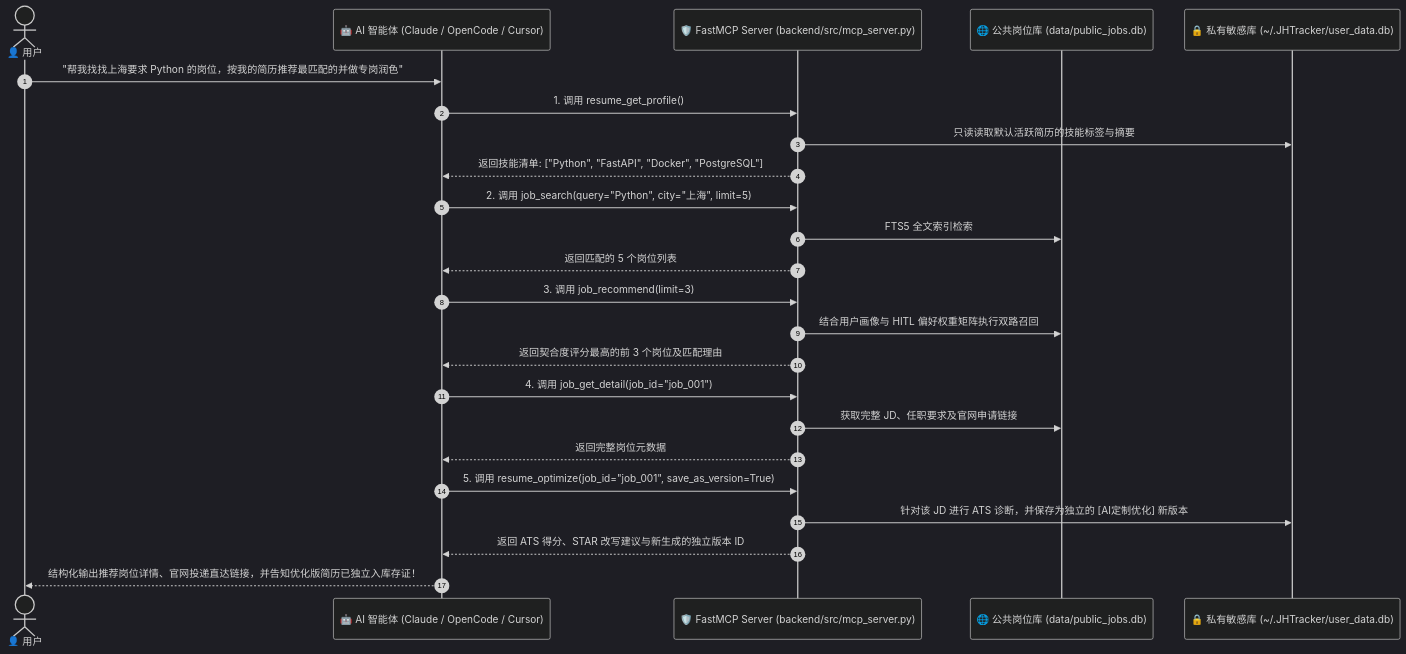
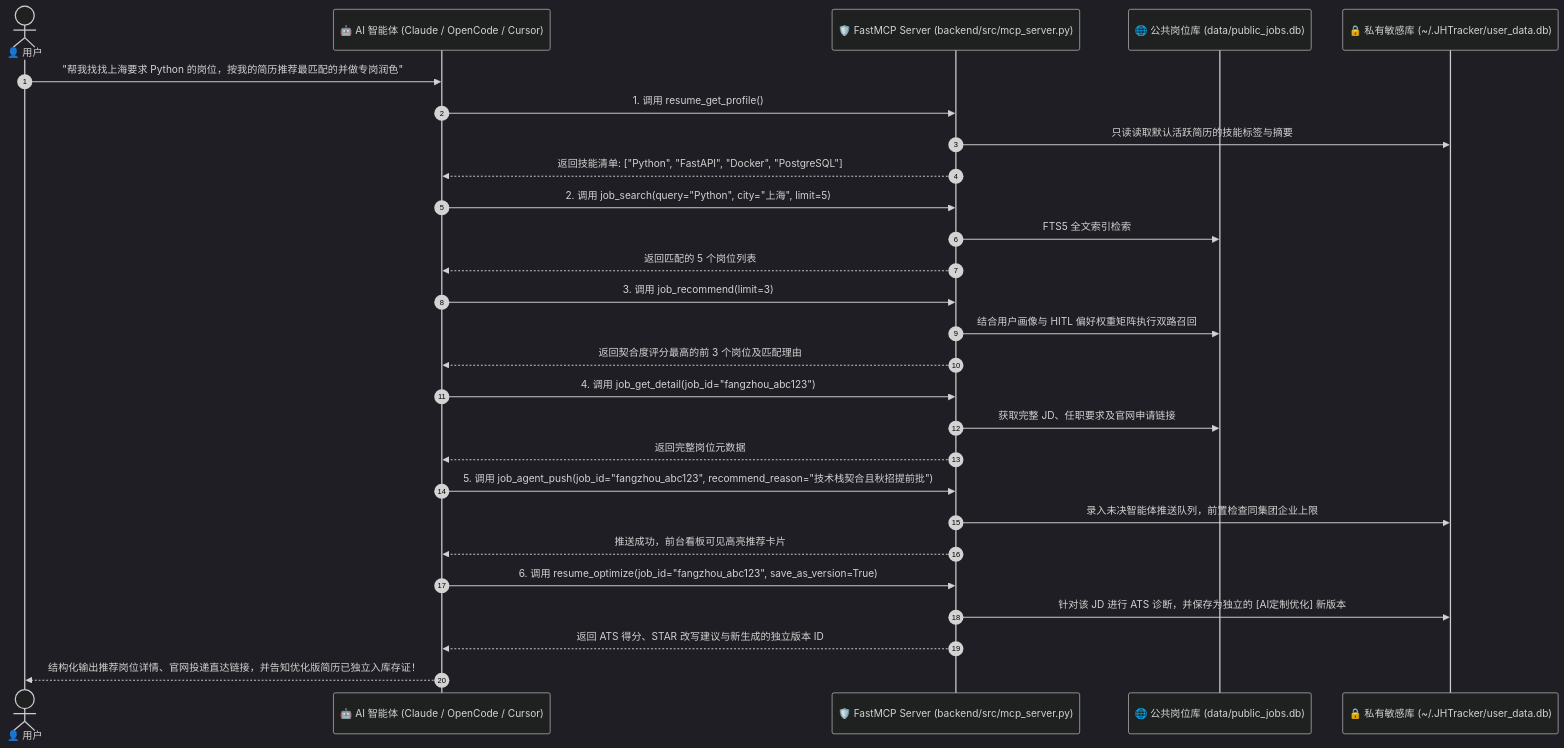
The first of 2 diagrams in docs/mcp-agent-guide.md (wangyh775/JHTracker), drawn with Mermaid (dark theme) before and after one commit. The commit also changed other lines of this file and 64 other files, not shown here.

````diff
--- a/docs/mcp-agent-guide.md
+++ b/docs/mcp-agent-guide.md
@@ -11,32 +11,36 @@
 ```mermaid
 sequenceDiagram
     autonumber
     actor User as 👤 用户
     participant Agent as 🤖 AI 智能体 (Claude / OpenCode / Cursor)
     participant MCP as 🛡️ FastMCP Server (backend/src/mcp_server.py)
     participant PubDB as 🌐 公共岗位库 (data/public_jobs.db)
     participant PrivDB as 🔒 私有敏感库 (~/.JHTracker/user_data.db)
 
     User->>Agent: "帮我找找上海要求 Python 的岗位，按我的简历推荐最匹配的并做专岗润色"
     Agent->>MCP: 1. 调用 resume_get_profile()
     MCP->>PrivDB: 只读读取默认活跃简历的技能标签与摘要
     MCP-->>Agent: 返回技能清单: ["Python", "FastAPI", "Docker", "PostgreSQL"]
 
     Agent->>MCP: 2. 调用 job_search(query="Python", city="上海", limit=5)
     MCP->>PubDB: FTS5 全文索引检索
     MCP-->>Agent: 返回匹配的 5 个岗位列表
 
     Agent->>MCP: 3. 调用 job_recommend(limit=3)
     MCP->>PubDB: 结合用户画像与 HITL 偏好权重矩阵执行双路召回
     MCP-->>Agent: 返回契合度评分最高的前 3 个岗位及匹配理由
 
-    Agent->>MCP: 4. 调用 job_get_detail(job_id="job_001")
+    Agent->>MCP: 4. 调用 job_get_detail(job_id="fangzhou_abc123")
     MCP->>PubDB: 获取完整 JD、任职要求及官网申请链接
     MCP-->>Agent: 返回完整岗位元数据
 
-    Agent->>MCP: 5. 调用 resume_optimize(job_id="job_001", save_as_version=True)
+    Agent->>MCP: 5. 调用 job_agent_push(job_id="fangzhou_abc123", recommend_reason="技术栈契合且秋招提前批")
+    MCP->>PrivDB: 录入未决智能体推送队列，前置检查同集团企业上限
+    MCP-->>Agent: 推送成功，前台看板可见高亮推荐卡片
+
+    Agent->>MCP: 6. 调用 resume_optimize(job_id="fangzhou_abc123", save_as_version=True)
     MCP->>PrivDB: 针对该 JD 进行 ATS 诊断，并保存为独立的 [AI定制优化] 新版本
     MCP-->>Agent: 返回 ATS 得分、STAR 改写建议与新生成的独立版本 ID
 
     Agent-->>User: 结构化输出推荐岗位详情、官网投递直达链接，并告知优化版简历已独立入库存证！
 ```
````
